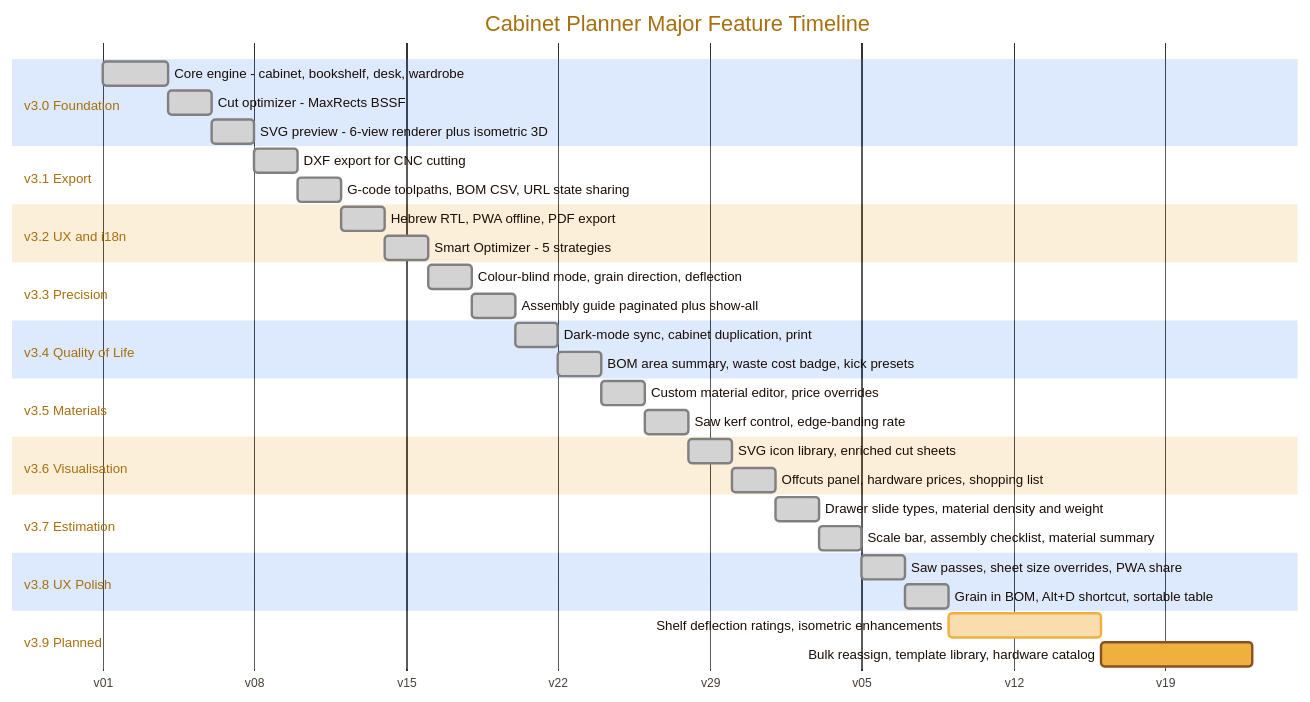
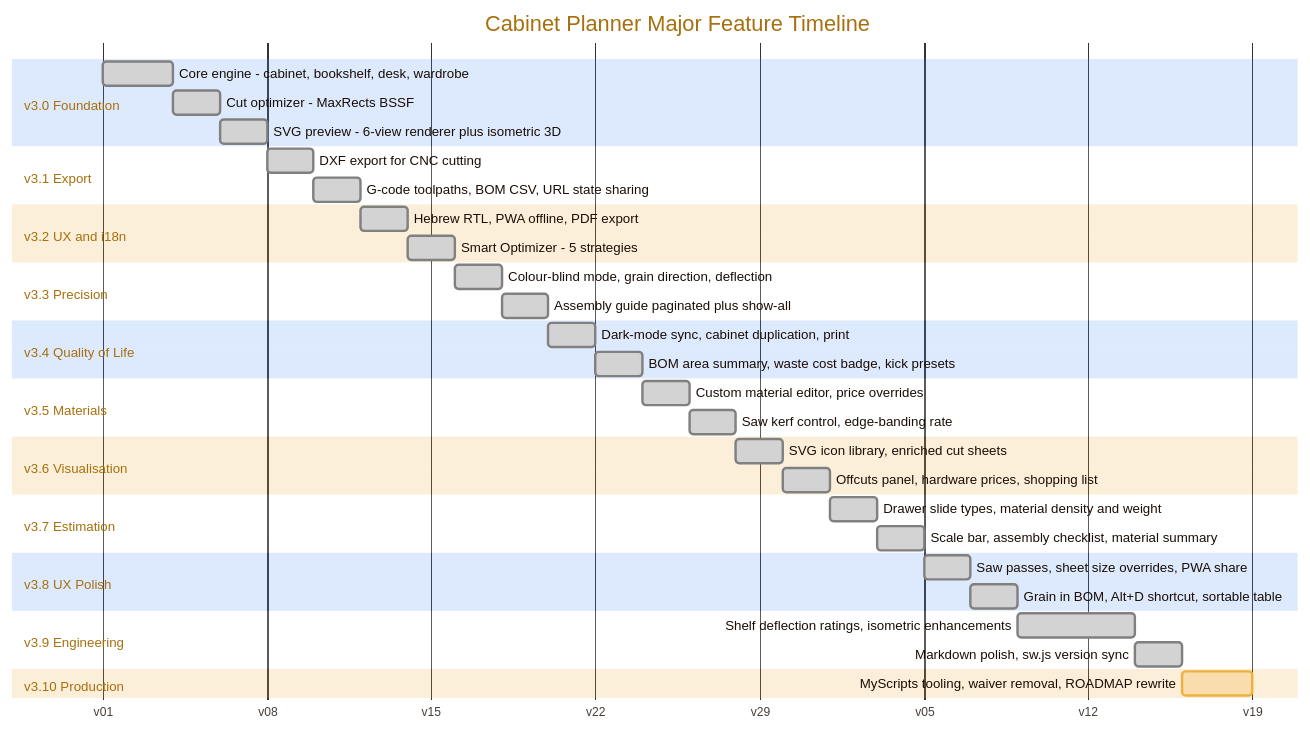
The fifth of 9 diagrams in docs/ARCHITECTURE.md (RajwanYair/WoodworkingShop), drawn with Mermaid before and after one commit. The commit also changed other lines of this file and 2 other files, not shown here.

Commit message:
docs: sync per-release data (banner v3.10.0, 288 tests, Vitest 3, fix overlap)
- banner.svg: bump version pill v3.8.0 -> v3.10.0 (and move to top-right)

- banner.svg: update '280+ Tests/passing' -> '288 Tests/passing'

- banner.svg: correct 'Vitest 4' -> 'Vitest 3'

- banner.svg: remove MIT License feature pill (redundant with bottom stats) and relocate tech stack to clear feature pills + tagline overlap

- banner.svg: shorten tagline to prevent collision with tech stack

- README.md: 280+ unit tests -> 288 unit tests; Vitest 4 -> Vitest 3

- ARCHITECTURE.md: refresh Gantt v3.9 Planned -> v3.9 Engineering + v3.10 Production; CI graph 280+ -> 288 tests

````diff
--- a/docs/ARCHITECTURE.md
+++ b/docs/ARCHITECTURE.md
@@ -261,38 +261,40 @@
 ```mermaid
 %%{init: {'theme': 'base', 'themeVariables': {'primaryColor': '#f0b040', 'primaryTextColor': '#1a0e06', 'primaryBorderColor': '#8b5022', 'lineColor': '#7a4010'}}}%%
 gantt
   title Cabinet Planner Major Feature Timeline
   dateFormat YYYY-MM-DD
   axisFormat v%d
   section v3.0 Foundation
     Core engine - cabinet, bookshelf, desk, wardrobe  :done, e300, 2026-03-01, 3d
     Cut optimizer - MaxRects BSSF                      :done, e301, after e300, 2d
     SVG preview - 6-view renderer plus isometric 3D   :done, e302, after e301, 2d
   section v3.1 Export
     DXF export for CNC cutting                         :done, e310, after e302, 2d
     G-code toolpaths, BOM CSV, URL state sharing       :done, e311, after e310, 2d
   section v3.2 UX and i18n
     Hebrew RTL, PWA offline, PDF export                :done, e320, after e311, 2d
     Smart Optimizer - 5 strategies                     :done, e321, after e320, 2d
   section v3.3 Precision
     Colour-blind mode, grain direction, deflection     :done, e330, after e321, 2d
     Assembly guide paginated plus show-all             :done, e331, after e330, 2d
   section v3.4 Quality of Life
     Dark-mode sync, cabinet duplication, print         :done, e340, after e331, 2d
     BOM area summary, waste cost badge, kick presets   :done, e341, after e340, 2d
   section v3.5 Materials
     Custom material editor, price overrides            :done, e350, after e341, 2d
     Saw kerf control, edge-banding rate                :done, e351, after e350, 2d
   section v3.6 Visualisation
     SVG icon library, enriched cut sheets              :done, e360, after e351, 2d
     Offcuts panel, hardware prices, shopping list      :done, e361, after e360, 2d
   section v3.7 Estimation
     Drawer slide types, material density and weight    :done, e370, after e361, 2d
     Scale bar, assembly checklist, material summary    :done, e371, after e370, 2d
   section v3.8 UX Polish
     Saw passes, sheet size overrides, PWA share        :done, e380, after e371, 2d
     Grain in BOM, Alt+D shortcut, sortable table       :done, e381, after e380, 2d
-  section v3.9 Planned
-    Shelf deflection ratings, isometric enhancements   :active, e390, after e381, 7d
-    Bulk reassign, template library, hardware catalog  :        e391, after e390, 7d
+  section v3.9 Engineering
+    Shelf deflection ratings, isometric enhancements   :done, e390, after e381, 5d
+    Markdown polish, sw.js version sync                :done, e391, after e390, 2d
+  section v3.10 Production
+    MyScripts tooling, waiver removal, ROADMAP rewrite :active, e3100, after e391, 3d
 ```
````
